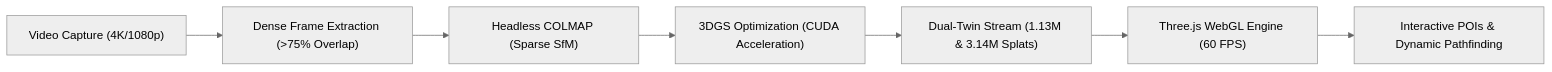
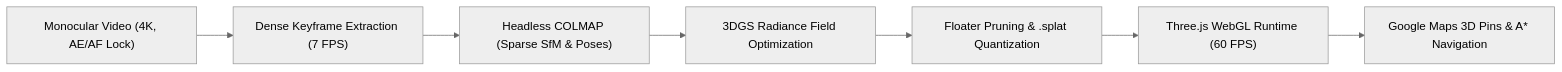
Before and after one commit to Kaish-sheikh/nammaspace-digital-twin: the first of 2 diagrams in ROUND1_TECHNICAL_ABSTRACT.md, drawn with Mermaid (neutral theme). The commit also changed other lines of this file and 8 other files, not shown here.

Commit message:
docs: update README, Technical Abstract, SOP, and submission PDFs with Triple-Environment 6M+ splats, Google Maps search, 3D pins, and mathematical ground leveling

````diff
--- a/ROUND1_TECHNICAL_ABSTRACT.md
+++ b/ROUND1_TECHNICAL_ABSTRACT.md
@@ -21,9 +29,9 @@
 ```mermaid
 flowchart LR
-    A["Video Capture (4K/1080p)"] --> B["Dense Frame Extraction (>75% Overlap)"]
-    B --> C["Headless COLMAP (Sparse SfM)"]
-    C --> D["3DGS Optimization (CUDA Acceleration)"]
-    D --> E["Dual-Twin Stream (1.13M & 3.14M Splats)"]
-    E --> F["Three.js WebGL Engine (60 FPS)"]
-    F --> G["Interactive POIs & Dynamic Pathfinding"]
+    A["Monocular Video (4K, AE/AF Lock)"] --> B["Dense Keyframe Extraction (7 FPS)"]
+    B --> C["Headless COLMAP (Sparse SfM & Poses)"]
+    C --> D["3DGS Radiance Field Optimization"]
+    D --> E["Floater Pruning & .splat Quantization"]
+    E --> F["Three.js WebGL Runtime (60 FPS)"]
+    F --> G["Google Maps 3D Pins & A* Navigation"]
 ```
````
